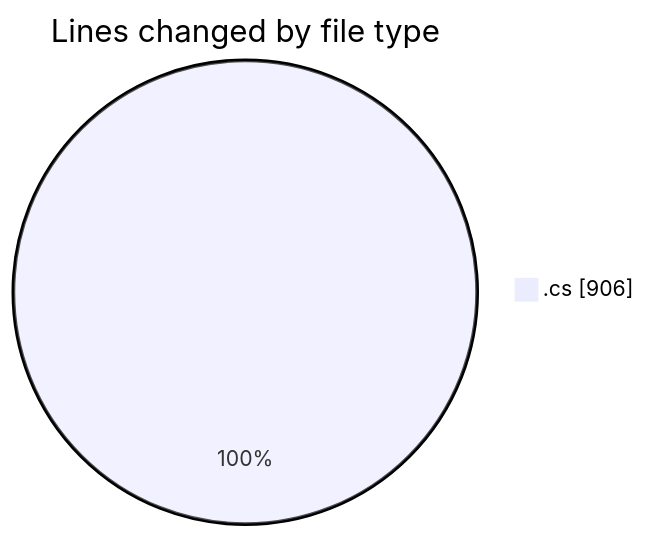
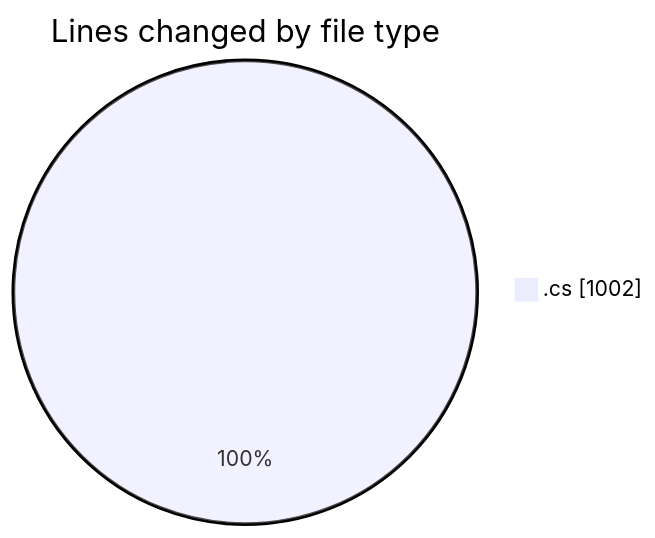
Before and after one commit to Netris89/code-tracking: the first of 2 diagrams in 2025-04-03/back-end/README.md, drawn with Mermaid. The commit also changed other lines of this file and 1 other file, not shown here.

````diff
--- a/2025-04-03/back-end/README.md
+++ b/2025-04-03/back-end/README.md
@@ -22,5 +23,5 @@
 ```mermaid
 pie showData
 title Lines changed by file type
-".cs" : 906
+".cs" : 1002
 ```
````
